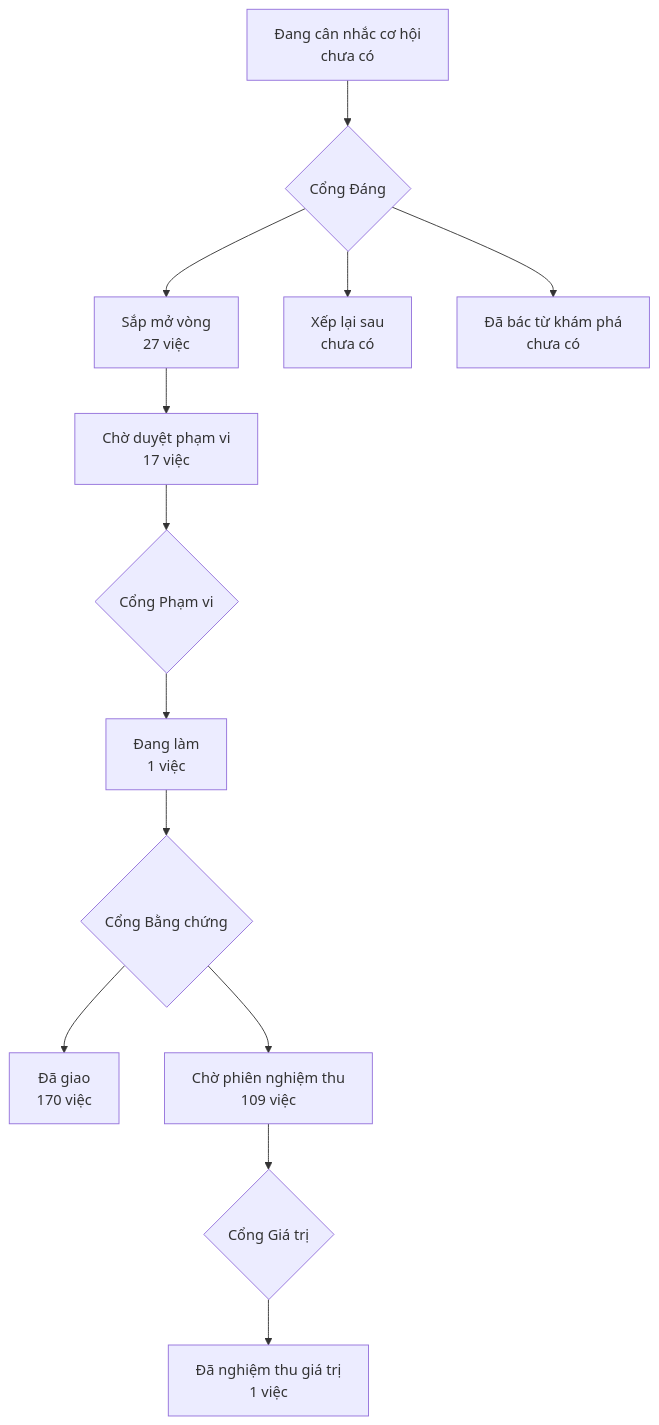
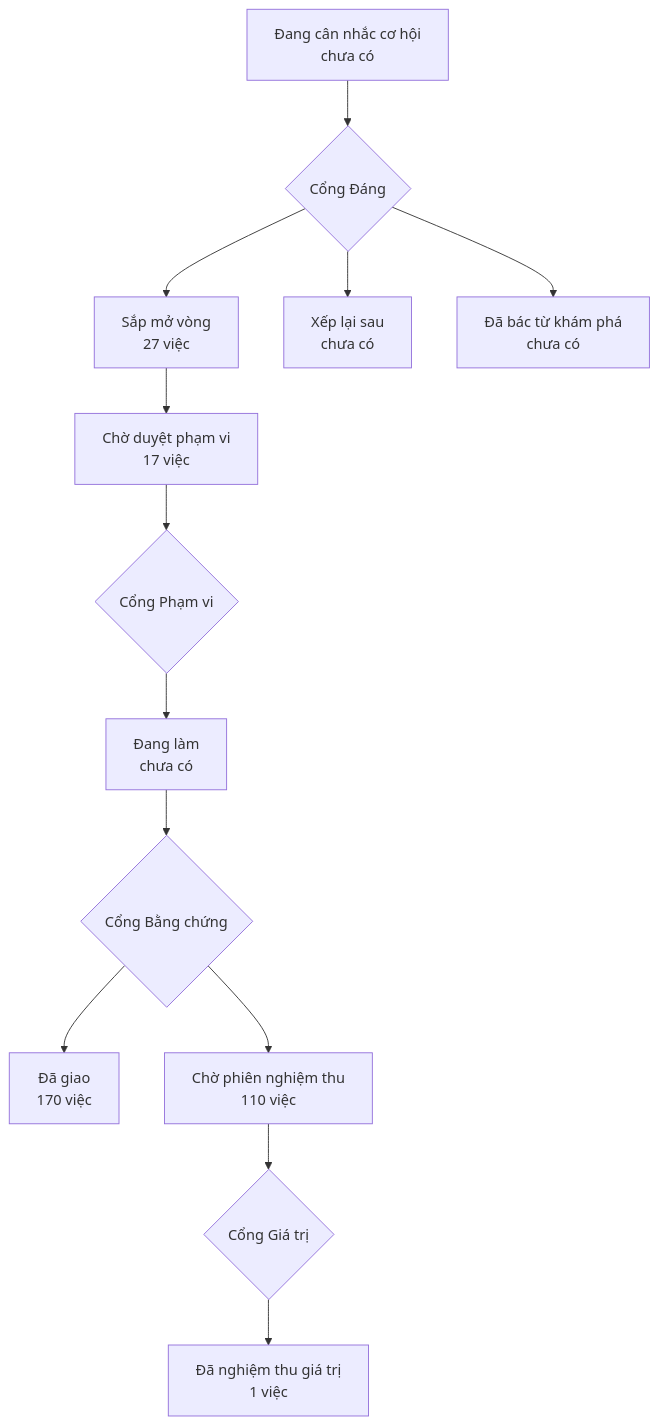
Before and after one commit to phanlemanh/onehub-invest: the diagram in PRODUCT-MAP.md, drawn with Mermaid. The commit also changed other lines of this file and 4 other files, not shown here.

````diff
--- a/PRODUCT-MAP.md
+++ b/PRODUCT-MAP.md
@@ -7,12 +7,12 @@
 ```mermaid
 flowchart TD
   A["Đang cân nhắc cơ hội<br/>chưa có"] --> GD{"Cổng Đáng"}
   GD --> B["Sắp mở vòng<br/>27 việc"]
   GD --> XL["Xếp lại sau<br/>chưa có"]
   GD --> DB["Đã bác từ khám phá<br/>chưa có"]
   B --> CD["Chờ duyệt phạm vi<br/>17 việc"] --> GP{"Cổng Phạm vi"}
-  GP --> DL["Đang làm<br/>1 việc"] --> GB{"Cổng Bằng chứng"}
+  GP --> DL["Đang làm<br/>chưa có"] --> GB{"Cổng Bằng chứng"}
   GB --> DG["Đã giao<br/>170 việc"]
-  GB --> CN["Chờ phiên nghiệm thu<br/>109 việc"] --> GG{"Cổng Giá trị"}
+  GB --> CN["Chờ phiên nghiệm thu<br/>110 việc"] --> GG{"Cổng Giá trị"}
   GG --> NT["Đã nghiệm thu giá trị<br/>1 việc"]
 ```
````
